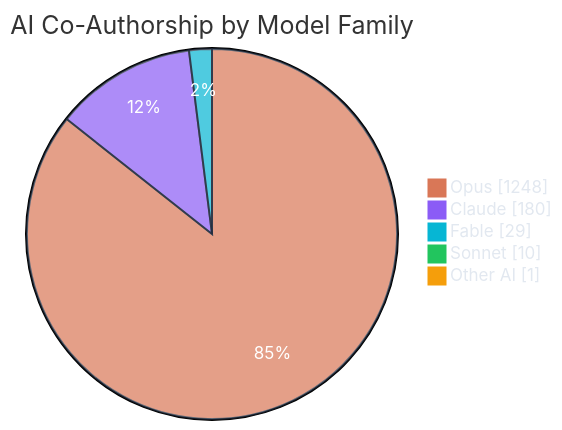
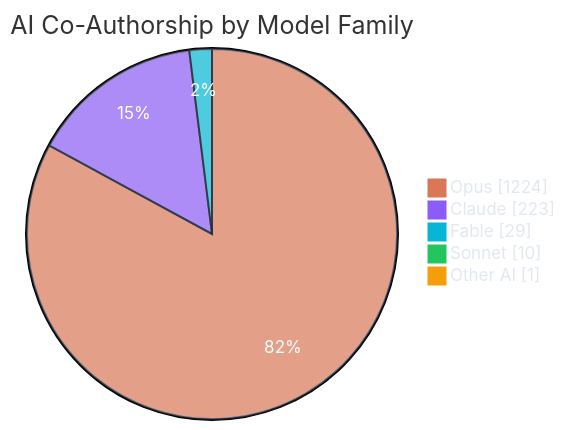
The third of 7 diagrams in README.md (polo-nyan/polo-nyan), drawn with Mermaid before and after one commit. The commit also changed other lines of this file and 1 other file, not shown here.

````diff
--- a/README.md
+++ b/README.md
@@ -279,10 +279,10 @@
 ```mermaid
 %%{init: {"theme": "base", "themeVariables": { "pie1": "#d97757", "pie2": "#8b5cf6", "pie3": "#06b6d4", "pie4": "#22c55e", "pie5": "#f59e0b", "pie6": "#ec4899", "pieTextColor": "#ffffff", "pieLegendTextColor": "#e2e8f0", "pieSectionTextColor": "#ffffff", "pieStrokeColor": "#1e293b" }}}%%
 pie showData
     title AI Co-Authorship by Model Family
-    "Opus" : 1248
-    "Claude" : 180
+    "Opus" : 1224
+    "Claude" : 223
     "Fable" : 29
     "Sonnet" : 10
     "Other AI" : 1
 ```
````
